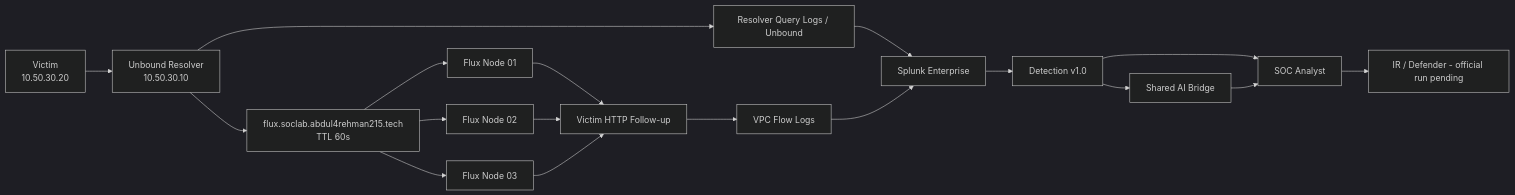
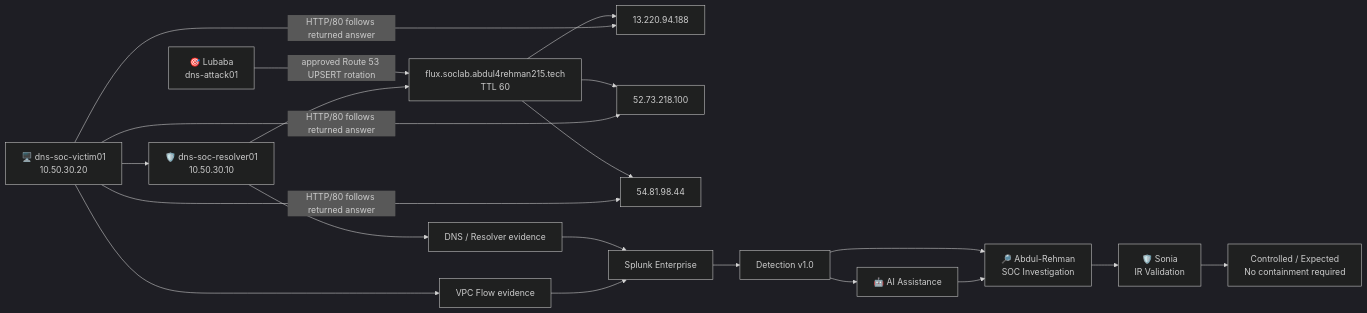
One commit to DNSentinel-Lab/Scenario-03-Fast-Flux changed the diagram in README.md. Above: the diagram before and after it, drawn with Mermaid (dark theme). The commit also changed other lines of this file and 2 other files, not shown here.

````diff
--- a/README.md
+++ b/README.md
@@ -57,20 +65,22 @@
 ```mermaid
 flowchart LR
-    V[Victim\n10.50.30.20] --> R[Unbound Resolver\n10.50.30.10]
-    R --> F[flux.soclab.abdul4rehman215.tech\nTTL 60s]
-    F --> N1[Flux Node 01]
-    F --> N2[Flux Node 02]
-    F --> N3[Flux Node 03]
-    N1 --> NET[Victim HTTP Follow-up]
-    N2 --> NET
-    N3 --> NET
-    R --> DNS[Resolver Query Logs / Unbound]
-    NET --> FLOW[VPC Flow Logs]
-    DNS --> SPL[Splunk Enterprise]
-    FLOW --> SPL
-    SPL --> DET[Detection v1.0]
-    DET --> AI[Shared AI Bridge]
-    DET --> SOC[SOC Analyst]
+    O["🎯 Lubaba<br/>dns-attack01"] -->|approved Route 53 UPSERT rotation| F["flux.soclab.abdul4rehman215.tech<br/>TTL 60"]
+    F --> N1["13.220.94.188"]
+    F --> N2["52.73.218.100"]
+    F --> N3["54.81.98.44"]
+    V["🖥️ dns-soc-victim01<br/>10.50.30.20"] --> R["🛡️ dns-soc-resolver01<br/>10.50.30.10"]
+    R --> F
+    V -->|HTTP/80 follows returned answer| N1
+    V -->|HTTP/80 follows returned answer| N2
+    V -->|HTTP/80 follows returned answer| N3
+    R --> D["DNS / Resolver evidence"]
+    V --> W["VPC Flow evidence"]
+    D --> S["Splunk Enterprise"]
+    W --> S
+    S --> DET["Detection v1.0"]
+    DET --> SOC["🔎 Abdul-Rehman<br/>SOC Investigation"]
+    DET --> AI["🤖 AI Assistance"]
     AI --> SOC
-    SOC --> IR[IR / Defender - official run pending]
+    SOC --> IR["🛡️ Sonia<br/>IR Validation"]
+    IR --> DEC["Controlled / Expected<br/>No containment required"]
 ```
````
